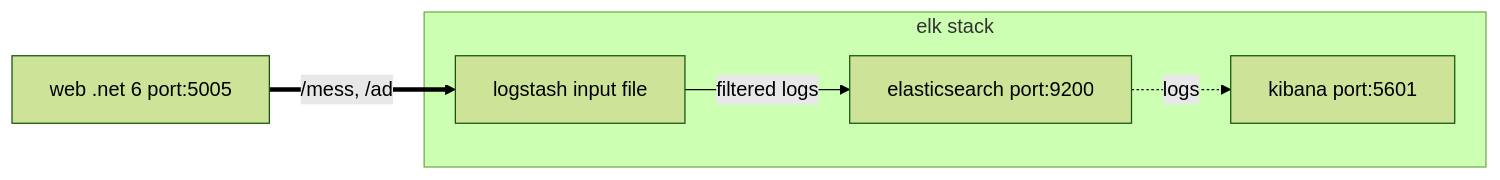
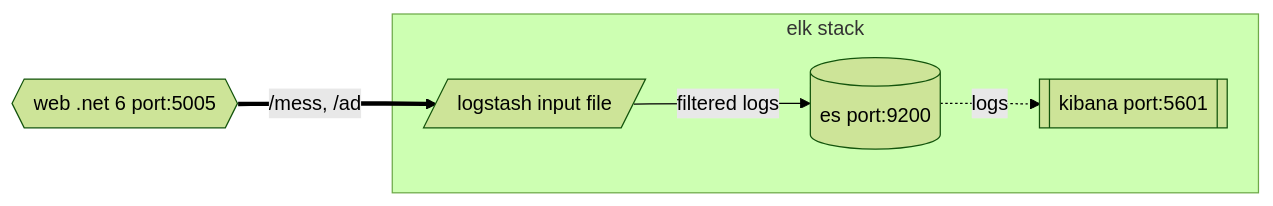
The diagram in README.md (garrardkitchen/elk-filter-fields-net6-demo), drawn with Mermaid (forest theme) before and after one commit.

Commit message:
docs(arch): Changed shapes

````diff
--- a/README.md
+++ b/README.md
@@ -53,9 +53,9 @@
 ```mermaid
 graph LR;        
-    Web_App["web .net 6 port:5005"]==/mess, /ad ==>LogStash;    
+    Web_App{{"web .net 6 port:5005"}}==/mess, /ad ==>LogStash;    
     subgraph elk stack 
-    LogStash["logstash input file"]--filtered logs-->Elasticsearch;
-    Elasticsearch["elasticsearch port:9200"]-.logs.->Kibana["kibana port:5601"];
+    LogStash[/"logstash input file"/]--filtered logs-->Elasticsearch;
+    Elasticsearch[("es port:9200")]-.logs.->Kibana[["kibana port:5601"]];
     end 
     click Web_App "http://localhost:5005/mess"
 ```
````
